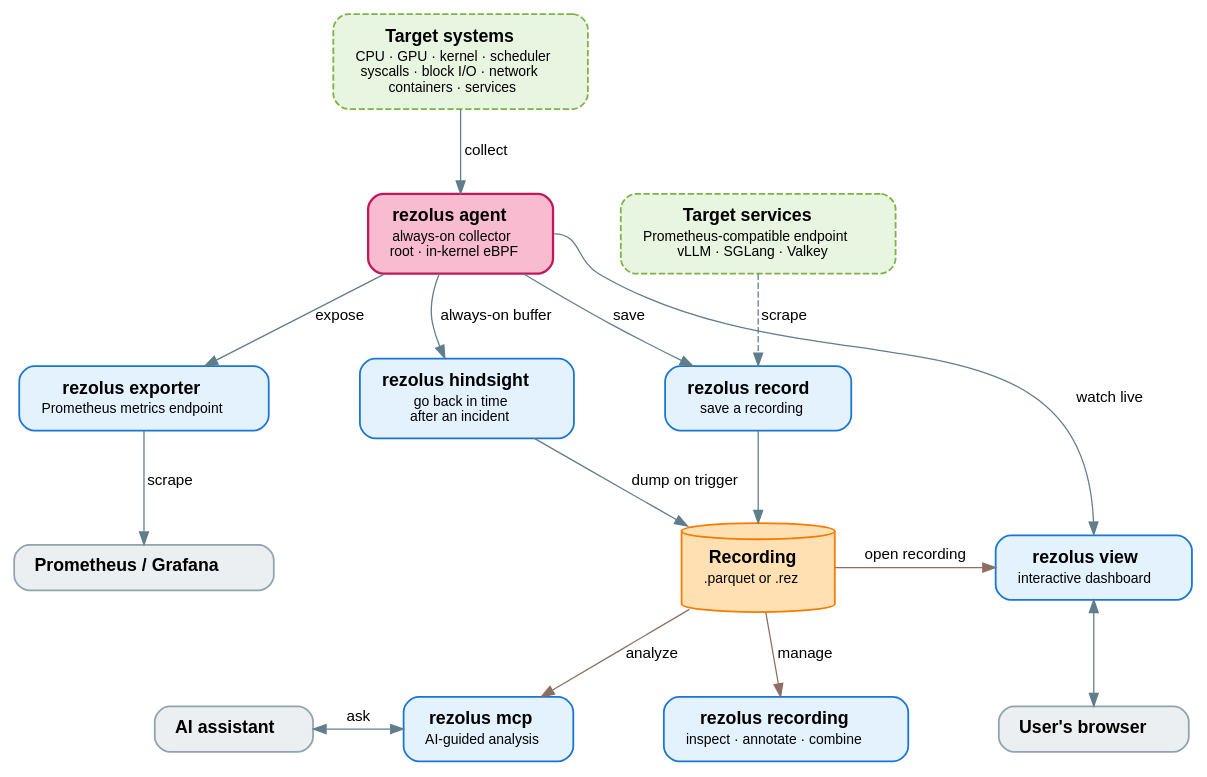
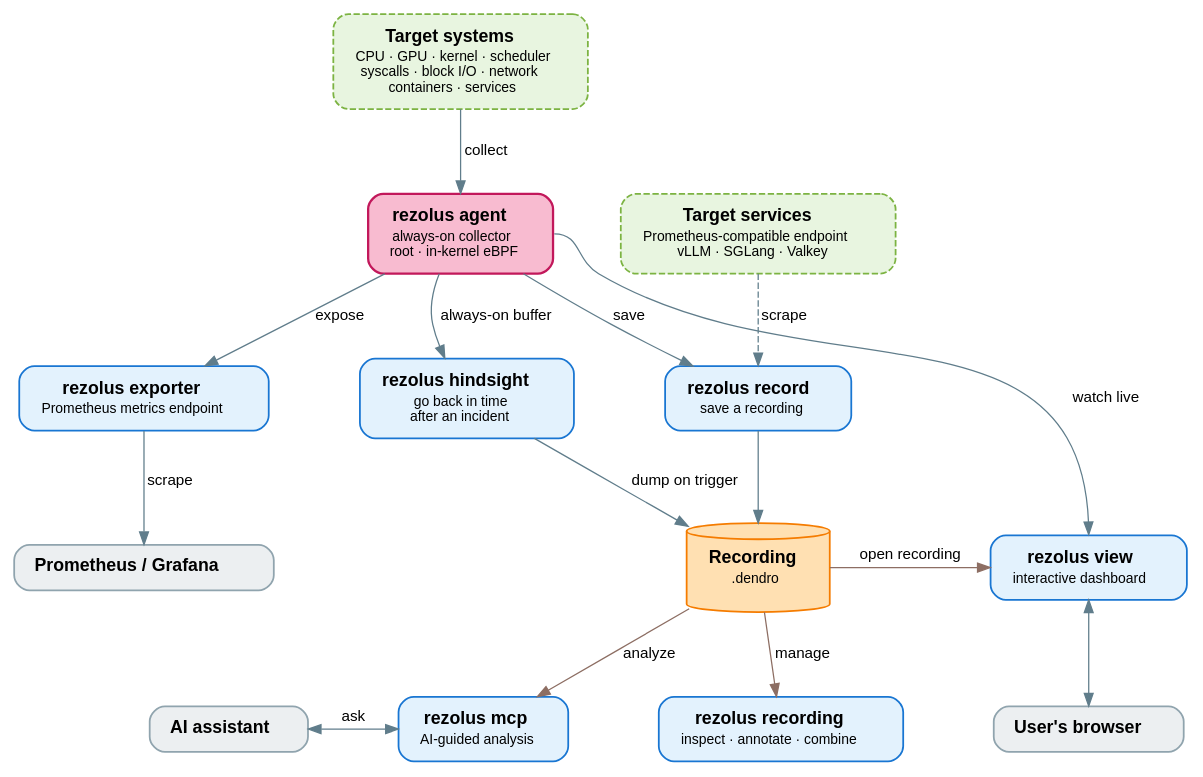
Before and after one commit to iopsystems/rezolus: the diagram in docs/architecture.dot, drawn with Graphviz. The commit also changed 46 other files, not shown here.

```diff
--- a/docs/architecture.dot
+++ b/docs/architecture.dot
@@ -1,137 +1,137 @@
 // Rezolus — what you can do with it (user's view)
 //
 // Render:  dot -Tsvg docs/architecture.dot -o docs/architecture.svg
 //          dot -Tpng docs/architecture.dot -o docs/architecture.png
 //
 // Solid boxes are all the one `rezolus` binary — you just pick the
 // subcommand for the job. DASHED boxes are what you point it at: they are
 // not part of Rezolus, they are the external systems and services being
 // measured. Arrows read as "what you do next".
 //
 // Labels use small HTML tables so the text centers (plain <br/> labels
 // left-align in some Graphviz builds).
 
 digraph rezolus {
   rankdir=TB;
   fontname="Helvetica";
   nodesep=0.5;
   ranksep=0.75;
   bgcolor="white";
 
   node [fontname="Helvetica", fontsize=14, shape=box, style="rounded,filled", penwidth=1.4, margin="0.22,0.14"];
   edge [fontname="Helvetica", fontsize=12, color="#607d8b"];
 
   // ---- What you're watching --------------------------------------------
   system [fillcolor="#e8f5e0", color="#7cb342", style="rounded,filled,dashed", label=<
     <table border="0" cellborder="0" cellspacing="0" cellpadding="1">
       <tr><td align="center"><b>Target systems</b></td></tr>
       <tr><td align="center" balign="center"><font point-size="11">CPU · GPU · kernel · scheduler<br/>syscalls · block I/O · network<br/>containers · services</font></td></tr>
     </table>>];
 
   // ---- A service that exposes its own metrics (scraped straight into
   //      record, bypassing the agent) --------------------------------
   service [fillcolor="#e8f5e0", color="#7cb342", group="gRecord", style="rounded,filled,dashed", label=<
     <table border="0" cellborder="0" cellspacing="0" cellpadding="1">
       <tr><td align="center"><b>Target services</b></td></tr>
       <tr><td align="center" balign="center"><font point-size="11">Prometheus-compatible endpoint<br/>vLLM · SGLang · Valkey</font></td></tr>
     </table>>];
 
   // ---- The always-on collector (pink: runs as root, eBPF in kernel) -----
   agent [fillcolor="#f8bbd0", color="#c2185b", penwidth=1.8, label=<
     <table border="0" cellborder="0" cellspacing="0" cellpadding="1">
       <tr><td align="center"><b>rezolus agent</b></td></tr>
       <tr><td align="center" balign="center"><font point-size="11">always-on collector<br/>root · in-kernel eBPF</font></td></tr>
     </table>>];
 
   // ---- Live: stream and watch ------------------------------------------
   exporter [fillcolor="#e3f2fd", color="#1976d2", group="gExp", label=<
     <table border="0" cellborder="0" cellspacing="0" cellpadding="1">
       <tr><td align="center"><b>rezolus exporter</b></td></tr>
       <tr><td align="center"><font point-size="11">Prometheus metrics endpoint</font></td></tr>
     </table>>];
   view [fillcolor="#e3f2fd", color="#1976d2", group="gView", label=<
     <table border="0" cellborder="0" cellspacing="0" cellpadding="1">
       <tr><td align="center"><b>rezolus view</b></td></tr>
       <tr><td align="center"><font point-size="11">interactive dashboard</font></td></tr>
     </table>>];
 
   // ---- Capture to a file -----------------------------------------------
   record [fillcolor="#e3f2fd", color="#1976d2", group="gRecord", label=<
     <table border="0" cellborder="0" cellspacing="0" cellpadding="1">
       <tr><td align="center"><b>rezolus record</b></td></tr>
       <tr><td align="center"><font point-size="11">save a recording</font></td></tr>
     </table>>];
   hindsight [fillcolor="#e3f2fd", color="#1976d2", group="gRec", label=<
     <table border="0" cellborder="0" cellspacing="0" cellpadding="1">
       <tr><td align="center"><b>rezolus hindsight</b></td></tr>
       <tr><td align="center" balign="center"><font point-size="11">go back in time<br/>after an incident</font></td></tr>
     </table>>];
 
   // ---- Work with recordings --------------------------------------------
   mcp [fillcolor="#e3f2fd", color="#1976d2", label=<
     <table border="0" cellborder="0" cellspacing="0" cellpadding="1">
       <tr><td align="center"><b>rezolus mcp</b></td></tr>
       <tr><td align="center"><font point-size="11">AI-guided analysis</font></td></tr>
     </table>>];
   pqtools [fillcolor="#e3f2fd", color="#1976d2", label=<
     <table border="0" cellborder="0" cellspacing="0" cellpadding="1">
       <tr><td align="center"><b>rezolus recording</b></td></tr>
       <tr><td align="center"><font point-size="11">inspect · annotate · combine</font></td></tr>
     </table>>];
 
   // ---- The recording artifact ------------------------------------------
   recording [shape=cylinder, fillcolor="#ffe0b2", color="#f57c00", group="gRecord", label=<
     <table border="0" cellborder="0" cellspacing="0" cellpadding="1">
       <tr><td align="center"><b>Recording</b></td></tr>
-      <tr><td align="center"><font point-size="11">.parquet or .rez</font></td></tr>
+      <tr><td align="center"><font point-size="11">.dendro</font></td></tr>
     </table>>];
 
   // ---- Where the value lands -------------------------------------------
   grafana [label=<<b>Prometheus / Grafana</b>>, fillcolor="#eceff1", color="#90a4ae", group="gExp"];
   browser [label=<<b>User's browser</b>>,        fillcolor="#eceff1", color="#90a4ae", group="gView"];
   llm     [label=<<b>AI assistant</b>>,           fillcolor="#eceff1", color="#90a4ae"];
 
   // ---- Layout: rows keep the picture compact; invisible edges pin the
   //      left-to-right order within each row --------------------------
   // Row 1: the expose/capture subcommands.
   {rank=same; exporter; hindsight; record; exporter -> hindsight -> record [style=invis];}
   // Row 2: the recording and its artifacts; view sits on the far right,
   // right next to the recording it opens, so 'open recording' is a clean
   // horizontal edge.
   {rank=same; grafana; recording; view; grafana -> recording -> view [style=invis];}
   // mcp and parquet sit side by side directly under the recording, with
   // the AI assistant to the left of mcp.
   {rank=same; llm; mcp; pqtools; browser; llm -> mcp -> pqtools -> browser [style=invis];}
 
   // ---- Collect ----------------------------------------------------------
   system -> agent [label="collect"];
   // A target service can be scraped straight into record, without the agent.
   // Keep 'service' on the agent's level; the gRecord group keeps it directly
   // above 'record' (rightmost command) for a short, clean scrape edge.
   {rank=same; agent; service;}
   service -> record [label="scrape", style=dashed];
 
   // ---- Live from the agent ---------------------------------------------
   agent -> exporter  [label="expose"];
   agent:e -> view:n  [label="watch live"];
   agent -> record    [label="save"];
   agent -> hindsight [label="always-on buffer"];
 
   exporter -> grafana [label="scrape", weight=10];
 
   // ---- Produce a recording ---------------------------------------------
   record    -> recording;
   hindsight -> recording [label="dump on trigger", weight=10];
 
   // ---- Open a recording in the viewer. view shares the recording's row,
   //      so this is a straight horizontal edge (no back-edge, no crossing).
   recording -> view [label="open recording", color="#8d6e63", constraint=false];
 
   // ---- Analyze / manage a recording ------------------------------------
   recording -> mcp     [label="analyze", color="#8d6e63"];
   recording -> pqtools [label="manage",  color="#8d6e63"];
 
   // ---- Outcomes ---------------------------------------------------------
   view -> browser [dir=both, weight=10];
   llm  -> mcp     [label="ask", dir=both, constraint=false];
 }
```
